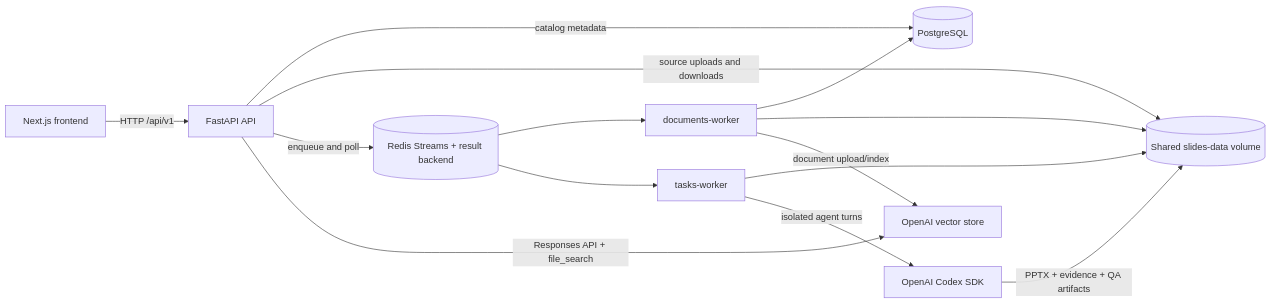
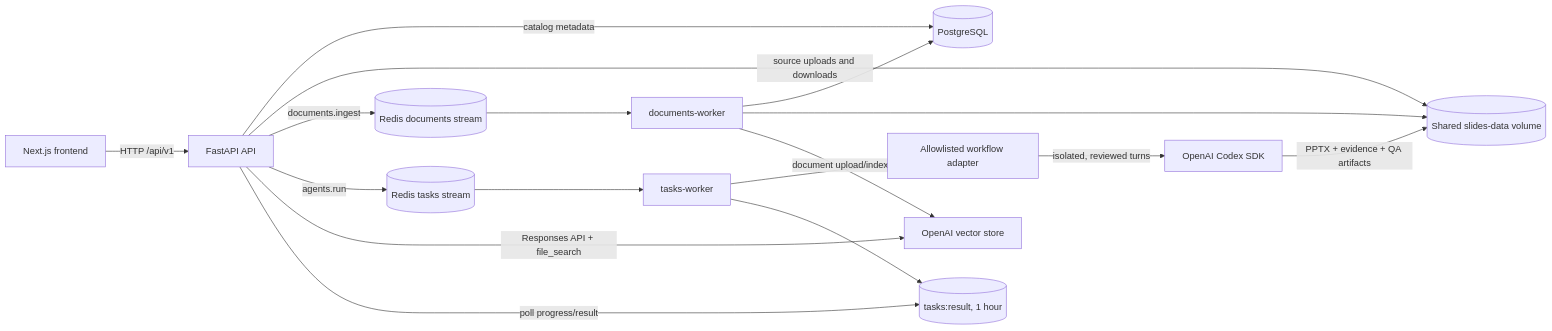
The first of 2 diagrams in backend/README.md (Marcodez811/NHI-AI), drawn with Mermaid before and after one commit. The commit also changed other lines of this file and 1 other file, not shown here.

Commit message:
updated README to reflect the current architecture

````diff
--- a/backend/README.md
+++ b/backend/README.md
@@ -14,16 +14,19 @@
 ```mermaid
 flowchart LR
     UI[Next.js frontend] -->|HTTP /api/v1| API[FastAPI API]
     API -->|catalog metadata| DB[(PostgreSQL)]
     API -->|source uploads and downloads| VOL[(Shared slides-data volume)]
-    API -->|enqueue and poll| REDIS[(Redis Streams + result backend)]
-    REDIS --> DW[documents-worker]
-    REDIS --> TW[tasks-worker]
+    API -->|documents.ingest| DQ[(Redis documents stream)]
+    API -->|agents.run| TQ[(Redis tasks stream)]
+    DQ --> DW[documents-worker]
+    TQ --> TW[tasks-worker]
     DW --> DB
     DW --> VOL
     DW -->|document upload/index| VS[OpenAI vector store]
-    TW --> VOL
     API -->|Responses API + file_search| VS
-    TW -->|isolated agent turns| CODEX[OpenAI Codex SDK]
+    TW --> ADAPTER[Allowlisted workflow adapter]
+    ADAPTER -->|isolated, reviewed turns| CODEX[OpenAI Codex SDK]
     CODEX -->|PPTX + evidence + QA artifacts| VOL
+    TW --> RB[(tasks:result, 1 hour)]
+    API -->|poll progress/result| RB
 ```
````
